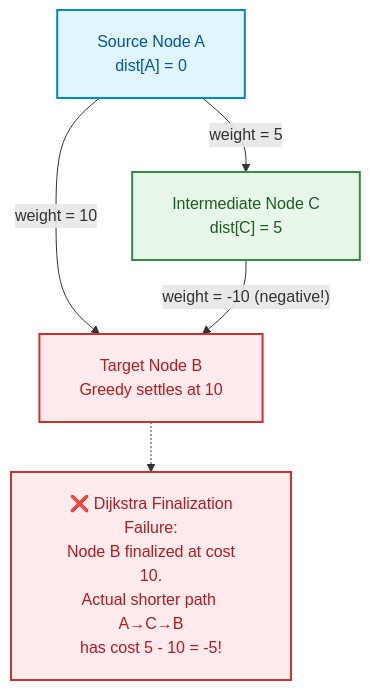
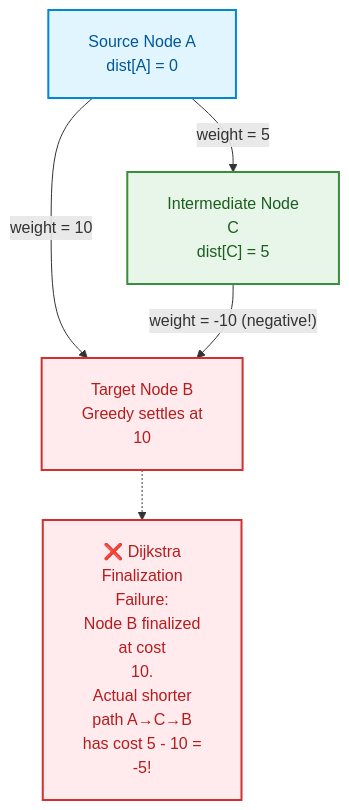
One commit to dip4k/DSA_102 changed the fourth of 15 diagrams in week_09_graph_algorithms_i/Week_09_Visual_Concepts_Playbook_HYBRID.md. Above: the diagram before and after it, drawn with Mermaid. The commit also changed other lines of this file and 106 other files, not shown here.

First line of the commit message:
fix(mermaid): prevent text clipping with foreignObject overflow and tighter line wrapping

````diff
--- a/week_09_graph_algorithms_i/Week_09_Visual_Concepts_Playbook_HYBRID.md
+++ b/week_09_graph_algorithms_i/Week_09_Visual_Concepts_Playbook_HYBRID.md
@@ -198,17 +198,17 @@
 ```mermaid
-%%{init: {"flowchart": {"htmlLabels": true, "padding": 20}}}%%
+%%{init: {"flowchart": {"htmlLabels": true, "padding": 20}, "themeCSS": "foreignObject { overflow: visible !important; }"}}%%
 flowchart TD
     classDef src fill:#e1f5fe,stroke:#0288d1,color:#01579b,stroke-width:2px;
     classDef fail fill:#ffebee,stroke:#d32f2f,color:#b71c1c,stroke-width:2px;
     classDef alt fill:#e8f5e9,stroke:#388e3c,color:#1b5e20,stroke-width:2px;
 
     A["Source Node A<br/>dist[A] = 0"]:::src
-    B["Target Node B<br/>Greedy settles at 10"]:::fail
-    C["Intermediate Node C<br/>dist[C] = 5"]:::alt
+    B["Target Node B<br/>Greedy settles at<br/>10"]:::fail
+    C["Intermediate Node<br/>C<br/>dist[C] = 5"]:::alt
 
     A -->|"weight = 10"| B
     A -->|"weight = 5"| C
     C -->|"weight = -10 (negative!)"| B
-    Fail["❌ Dijkstra Finalization<br/>Failure:<br/>Node B finalized at cost<br/>10.<br/>Actual shorter path A→C→B<br/>has cost 5 - 10 = -5!"]:::fail
+    Fail["❌ Dijkstra<br/>Finalization<br/>Failure:<br/>Node B finalized<br/>at cost<br/>10.<br/>Actual shorter<br/>path A→C→B<br/>has cost 5 - 10 =<br/>-5!"]:::fail
     B -.-> Fail
 ```
````
